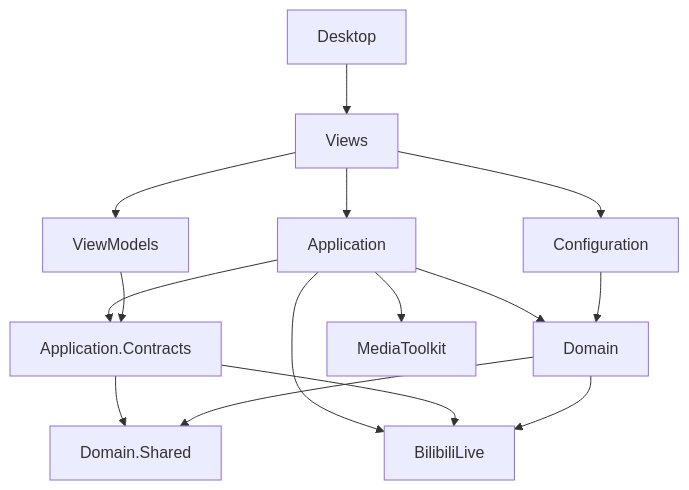
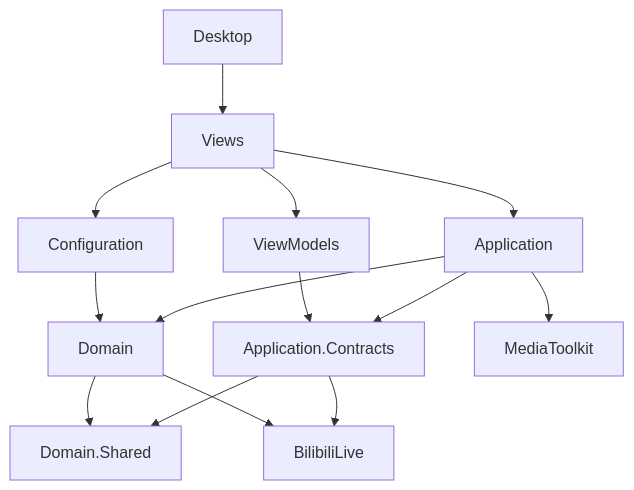
The diagram in README.md (HMBSbige/BilibiliLiveRecordDownLoader), drawn with Mermaid before and after one commit. The commit also changed 1 other file, not shown here.

Commit message:
build: drop the redundant BilibiliLive reference from Application
Domain and Application.Contracts already bring it in transitively.

````diff
--- a/README.md
+++ b/README.md
@@ -29,20 +29,19 @@
 ```mermaid
 flowchart TD
     Desktop["Desktop"] --> Views["Views"]
 
     Views --> Application["Application"]
     Views --> Configuration["Configuration"]
     Views --> ViewModels["ViewModels"]
 
     Application --> ApplicationContracts["Application.Contracts"]
     Application --> Domain["Domain"]
-    Application --> BilibiliLive["BilibiliLive"]
     Application --> MediaToolkit["MediaToolkit"]
     Configuration --> Domain
     ViewModels --> ApplicationContracts
 
     ApplicationContracts --> DomainShared["Domain.Shared"]
-    ApplicationContracts --> BilibiliLive
+    ApplicationContracts --> BilibiliLive["BilibiliLive"]
     Domain --> DomainShared
     Domain --> BilibiliLive
 ```
````
